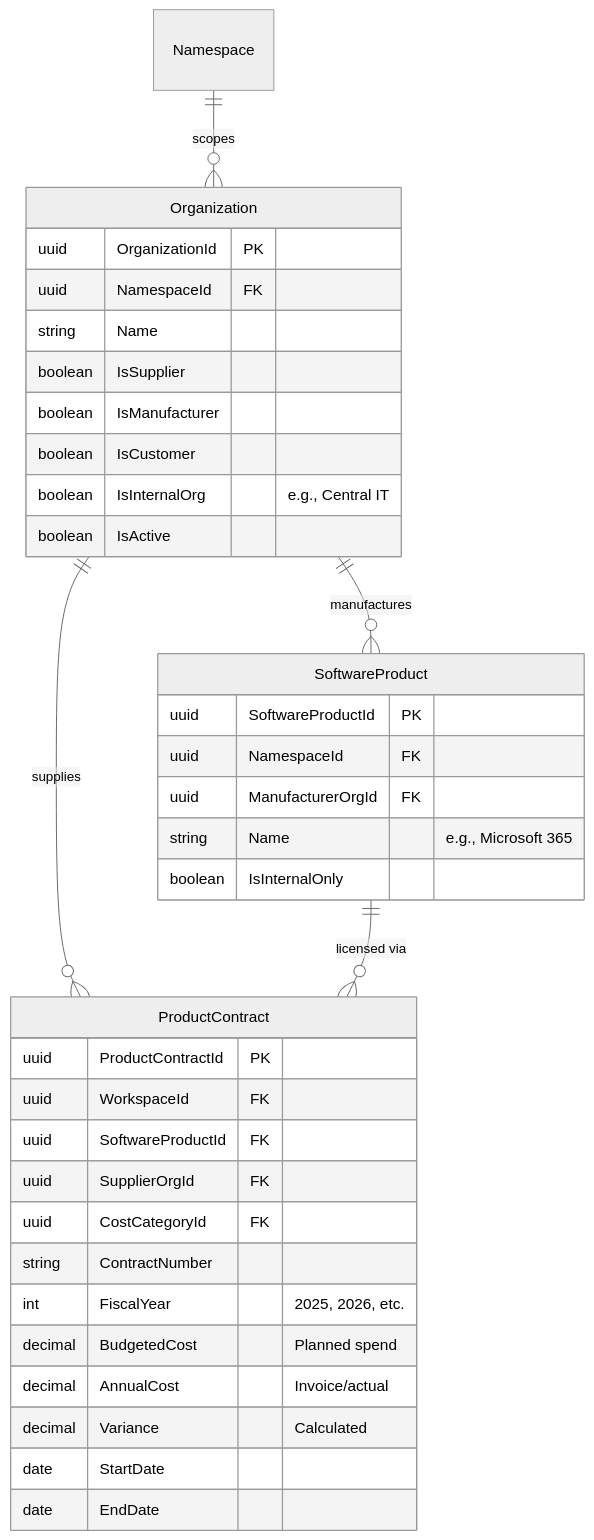
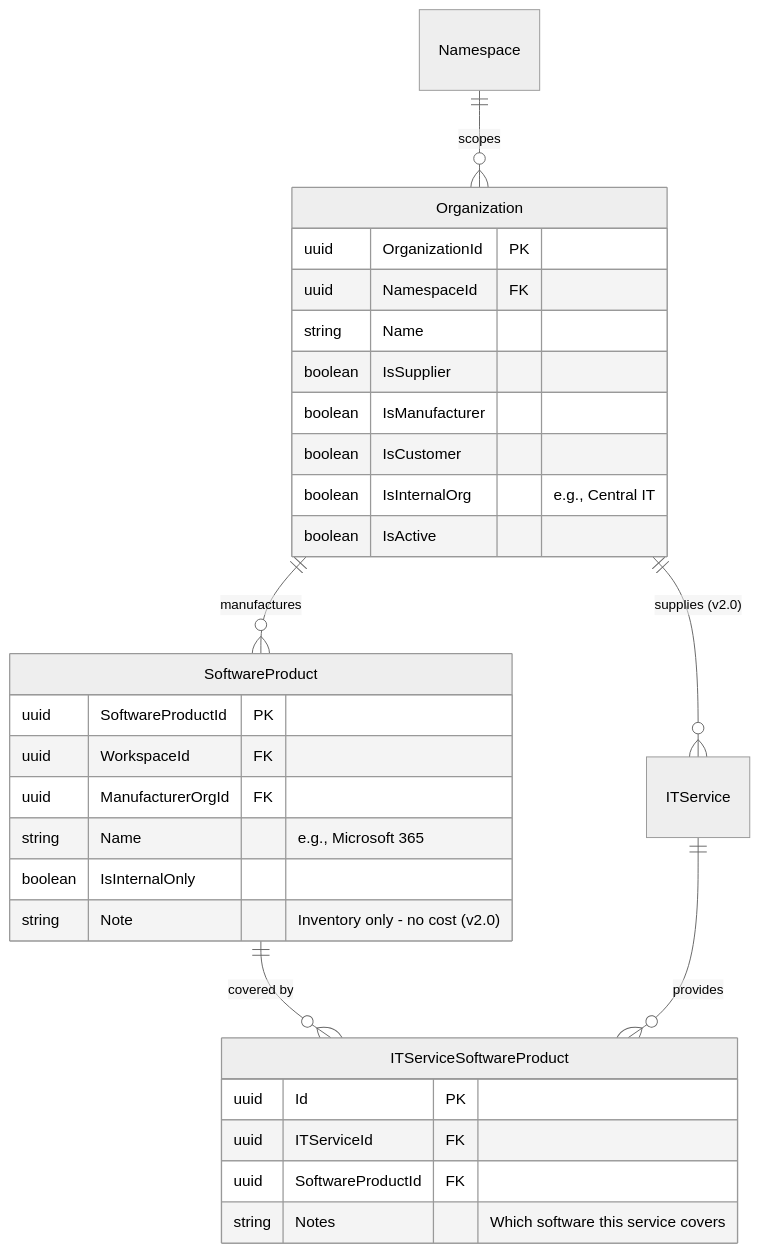
One commit to sholtby/getinsync-architecture changed the fifth of 9 diagrams in core/conceptual-erd.md. Above: the diagram before and after it, drawn with Mermaid (neutral theme). The commit also changed other lines of this file and 9 other files, not shown here.

First line of the commit message:
docs: Phase 0 Cost Model Reunification — 9 docs updated to target state (two channels, inventory-only software)

````diff
--- a/core/conceptual-erd.md
+++ b/core/conceptual-erd.md
@@ -317,41 +328,35 @@
 ```mermaid
 erDiagram
     Organization {
         uuid OrganizationId PK
         uuid NamespaceId FK
         string Name
         boolean IsSupplier
         boolean IsManufacturer
         boolean IsCustomer
         boolean IsInternalOrg "e.g., Central IT"
         boolean IsActive
     }
     
     SoftwareProduct {
         uuid SoftwareProductId PK
-        uuid NamespaceId FK
+        uuid WorkspaceId FK
         uuid ManufacturerOrgId FK
         string Name "e.g., Microsoft 365"
         boolean IsInternalOnly
+        string Note "Inventory only - no cost (v2.0)"
     }
-    
-    ProductContract {
-        uuid ProductContractId PK
-        uuid WorkspaceId FK
+
+    ITServiceSoftwareProduct {
+        uuid Id PK
+        uuid ITServiceId FK
         uuid SoftwareProductId FK
-        uuid SupplierOrgId FK
-        uuid CostCategoryId FK
-        string ContractNumber
-        int FiscalYear "2025, 2026, etc."
-        decimal BudgetedCost "Planned spend"
-        decimal AnnualCost "Invoice/actual"
-        decimal Variance "Calculated"
-        date StartDate
-        date EndDate
+        string Notes "Which software this service covers"
     }
-    
+
     Namespace ||--o{ Organization : "scopes"
     Organization ||--o{ SoftwareProduct : "manufactures"
-    Organization ||--o{ ProductContract : "supplies"
-    SoftwareProduct ||--o{ ProductContract : "licensed via"
+    Organization ||--o{ ITService : "supplies (v2.0)"
+    SoftwareProduct ||--o{ ITServiceSoftwareProduct : "covered by"
+    ITService ||--o{ ITServiceSoftwareProduct : "provides"
 ```
````
